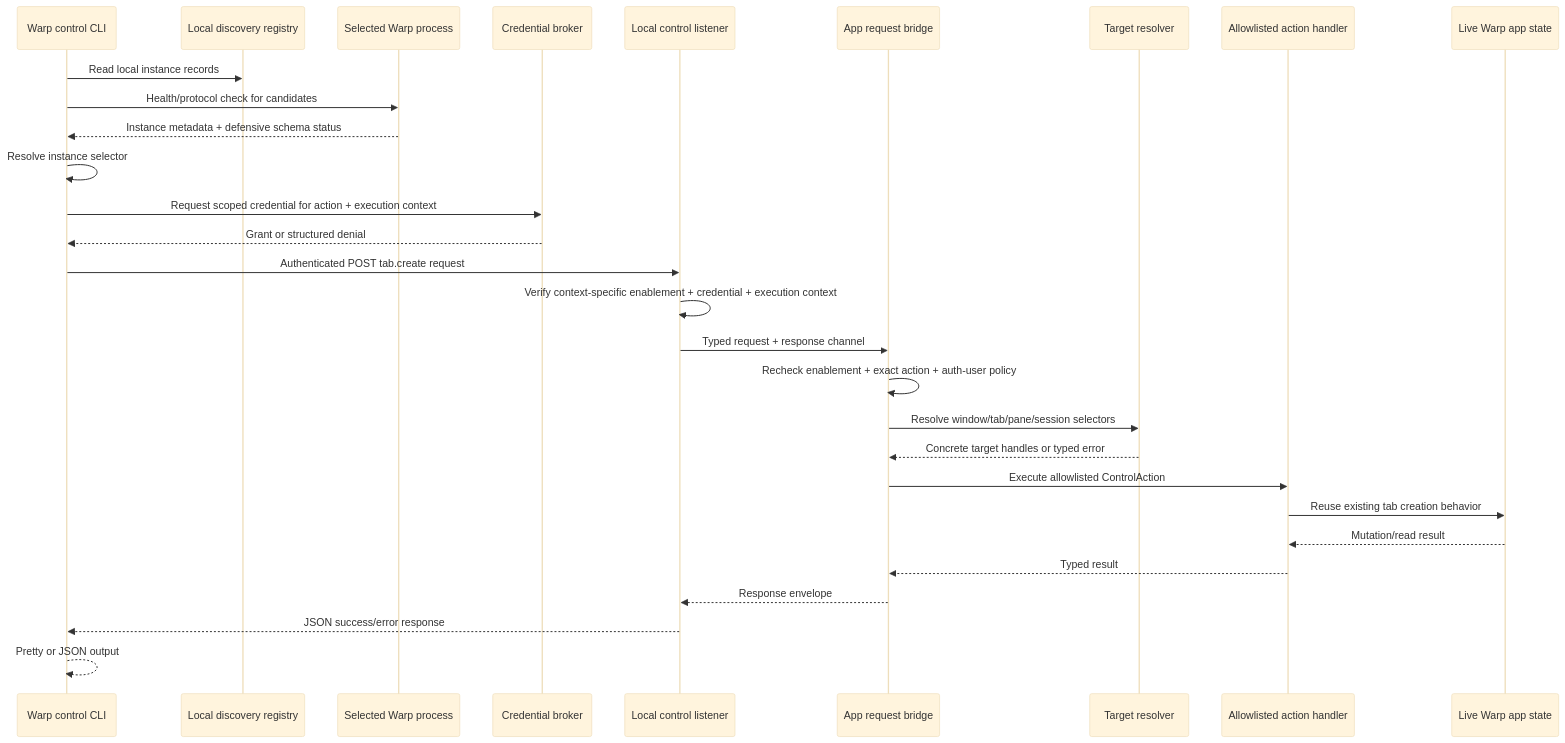
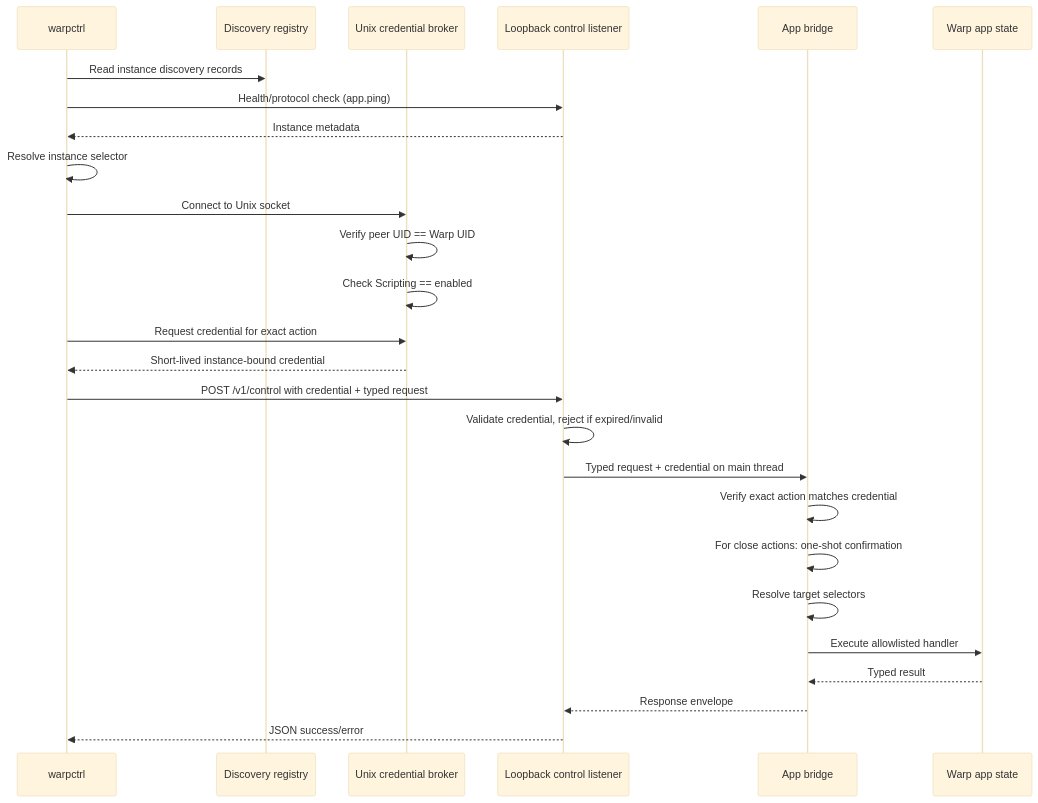
One commit to therealinvoker/warp changed the diagram in specs/warp-control-cli/TECH.md. Above: the diagram before and after it, drawn with Mermaid (base theme). The commit also changed other lines of this file and 2 other files, not shown here.

First line of the commit message:
Rewrite specs for external-only Warp Control design

````diff
--- a/specs/warp-control-cli/TECH.md
+++ b/specs/warp-control-cli/TECH.md
@@ -432,32 +208,29 @@
 ```mermaid
 sequenceDiagram
-    participant CLI as Warp control CLI
-    participant REG as Local discovery registry
-    participant PROC as Selected Warp process
-    participant BROKER as Credential broker
-    participant HTTP as Local control listener
-    participant BRIDGE as App request bridge
-    participant RES as Target resolver
-    participant ACT as Allowlisted action handler
-    participant UI as Live Warp app state
+    participant CLI as warpctrl
+    participant REG as Discovery registry
+    participant BROKER as Unix credential broker
+    participant HTTP as Loopback control listener
+    participant BRIDGE as App bridge
+    participant UI as Warp app state
 
-    CLI->>REG: Read local instance records
-    CLI->>PROC: Health/protocol check for candidates
-    PROC-->>CLI: Instance metadata + defensive schema status
+    CLI->>REG: Read instance discovery records
+    CLI->>HTTP: Health/protocol check (app.ping)
+    HTTP-->>CLI: Instance metadata
     CLI->>CLI: Resolve instance selector
-    CLI->>BROKER: Request scoped credential for action + execution context
-    BROKER-->>CLI: Grant or structured denial
-    CLI->>HTTP: Authenticated POST tab.create request
-    HTTP->>HTTP: Verify context-specific enablement + credential + execution context
-    HTTP->>BRIDGE: Typed request + response channel
-    BRIDGE->>BRIDGE: Recheck enablement + exact action + auth-user policy
-    BRIDGE->>RES: Resolve window/tab/pane/session selectors
-    RES-->>BRIDGE: Concrete target handles or typed error
-    BRIDGE->>ACT: Execute allowlisted ControlAction
-    ACT->>UI: Reuse existing tab creation behavior
-    UI-->>ACT: Mutation/read result
-    ACT-->>BRIDGE: Typed result
+    CLI->>BROKER: Connect to Unix socket
+    BROKER->>BROKER: Verify peer UID == Warp UID
+    BROKER->>BROKER: Check Scripting == enabled
+    CLI->>BROKER: Request credential for exact action
+    BROKER-->>CLI: Short-lived instance-bound credential
+    CLI->>HTTP: POST /v1/control with credential + typed request
+    HTTP->>HTTP: Validate credential, reject if expired/invalid
+    HTTP->>BRIDGE: Typed request + credential on main thread
+    BRIDGE->>BRIDGE: Verify exact action matches credential
+    BRIDGE->>BRIDGE: For close actions: one-shot confirmation
+    BRIDGE->>BRIDGE: Resolve target selectors
+    BRIDGE->>UI: Execute allowlisted handler
+    UI-->>BRIDGE: Typed result
     BRIDGE-->>HTTP: Response envelope
-    HTTP-->>CLI: JSON success/error response
-    CLI-->>CLI: Pretty or JSON output
+    HTTP-->>CLI: JSON success/error
 ```
````
